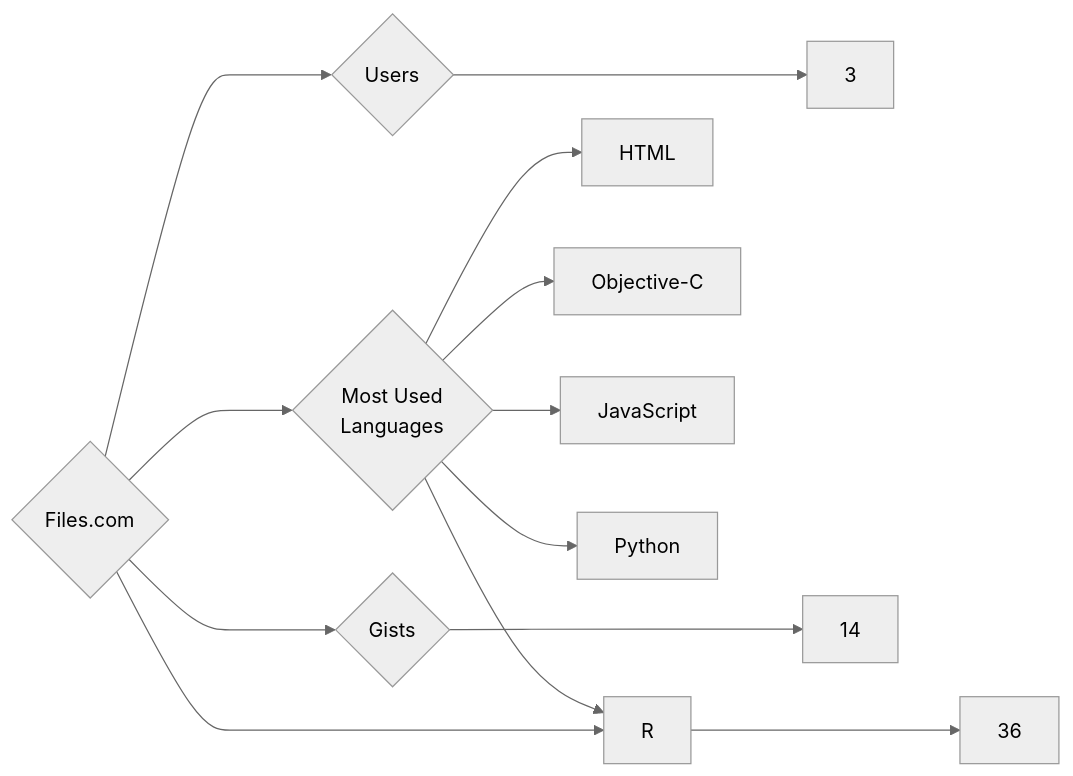
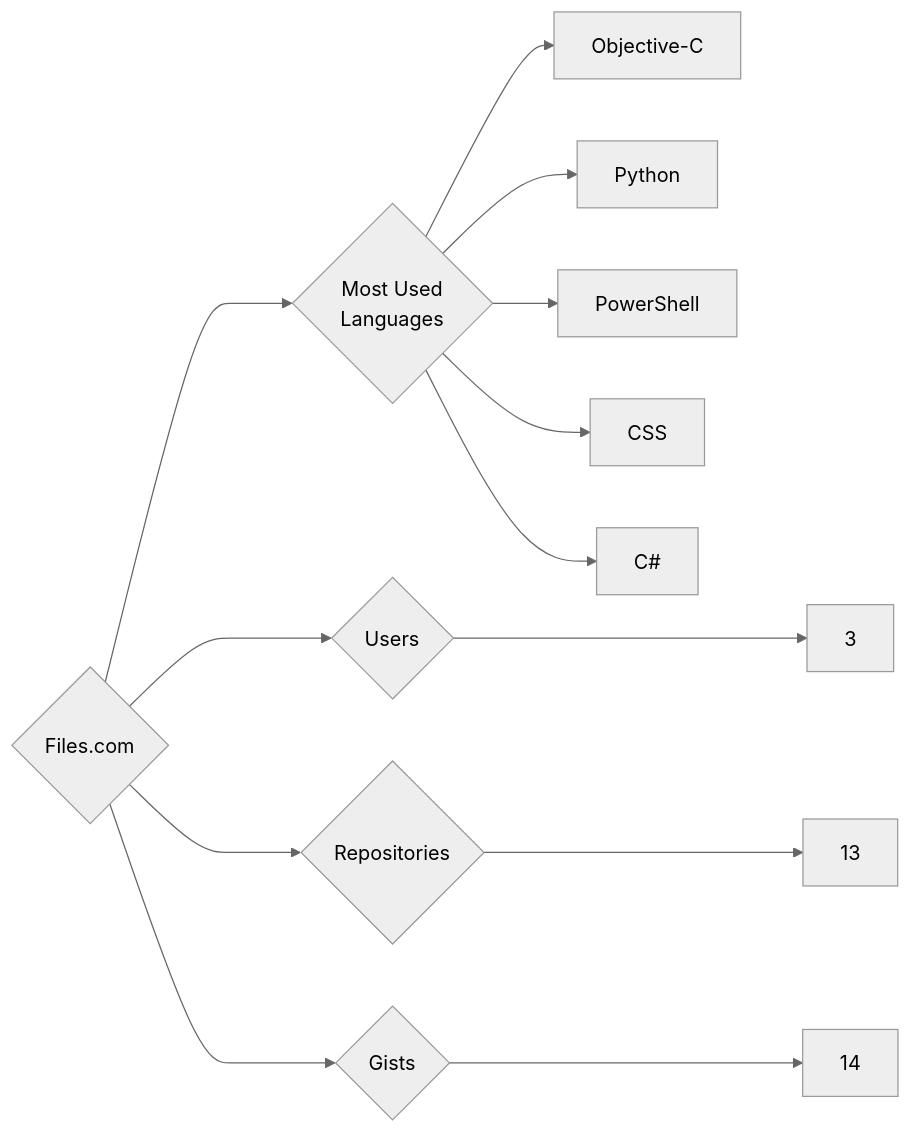
Before and after one commit to trickest/insiders: the diagram in targets/Files.com/README.md, drawn with Mermaid (neutral theme). The commit also changed 873 other files, not shown here.

````diff
--- a/targets/Files.com/README.md
+++ b/targets/Files.com/README.md
@@ -3,13 +3,13 @@
 ```mermaid
 graph LR
 COMPANY_NAME{Files.com}
 COMPANY_NAME ---> U{Users} ---> UN[3]
-COMPANY_NAME ---> R{Repositories} ---> RN[36]
+COMPANY_NAME ---> R{Repositories} ---> RN[13]
 COMPANY_NAME ---> G{Gists} ---> GN[14]
 COMPANY_NAME ---> ML{Most Used<br>Languages}
-ML --> HTML[HTML]
-ML --> R[R]
 ML --> Objective-C[Objective-C]
-ML --> JavaScript[JavaScript]
 ML --> Python[Python]
+ML --> PowerShell[PowerShell]
+ML --> CSS[CSS]
+ML --> C#[C#]
 ```
````
